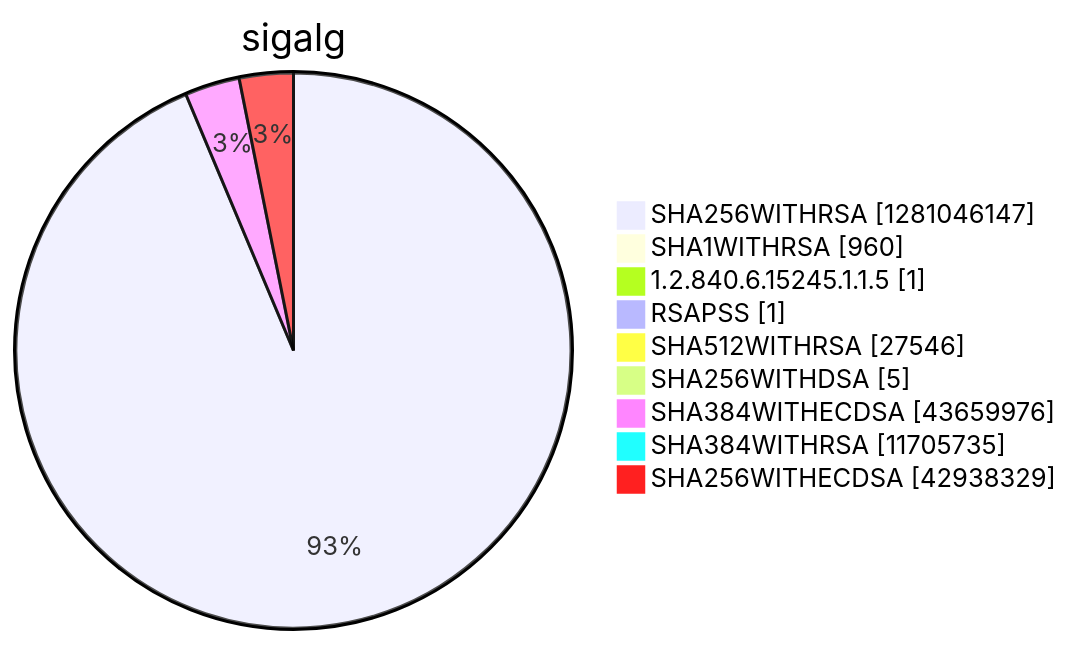
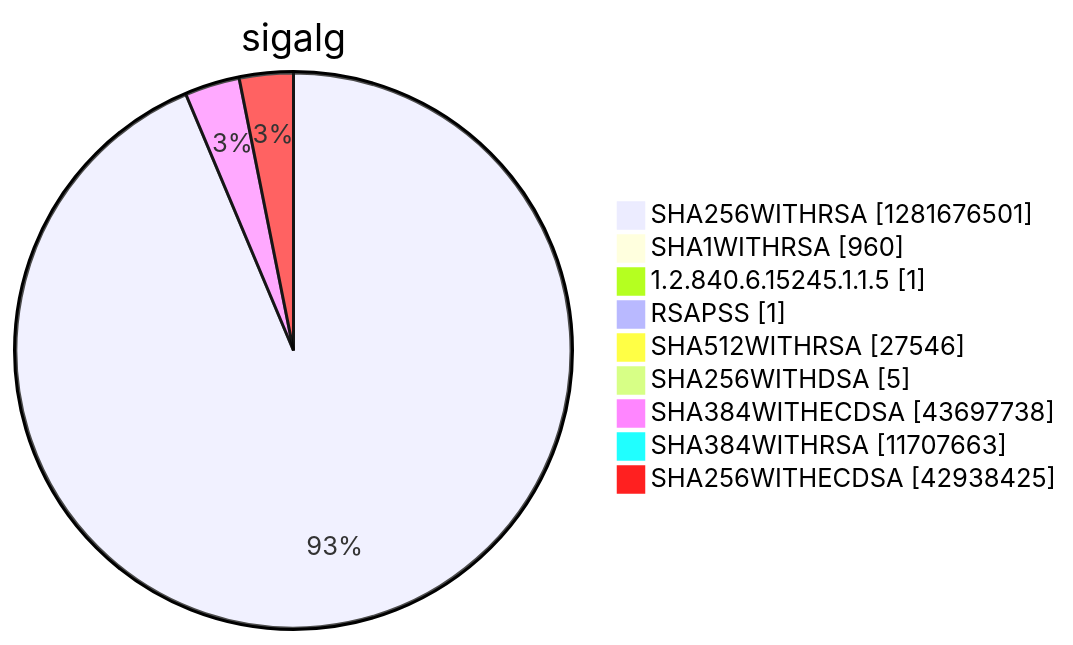
One commit to christiankrug/ctmonitor_visualization changed diagram 15 of 15 in argon2022/README.md. Above: the diagram before and after it, drawn with Mermaid. The commit also changed other lines of this file, not shown here.

````diff
--- a/argon2022/README.md
+++ b/argon2022/README.md
@@ -5523,13 +5523,13 @@
 ```mermaid
 pie showData
 title sigalg
-"SHA256WITHRSA" :1281046147
+"SHA256WITHRSA" :1281676501
 "SHA1WITHRSA" :960
 "1.2.840.6.15245.1.1.5" :1
 "RSAPSS" :1
 "SHA512WITHRSA" :27546
 "SHA256WITHDSA" :5
-"SHA384WITHECDSA" :43659976
-"SHA384WITHRSA" :11705735
-"SHA256WITHECDSA" :42938329
+"SHA384WITHECDSA" :43697738
+"SHA384WITHRSA" :11707663
+"SHA256WITHECDSA" :42938425
 ```
````
